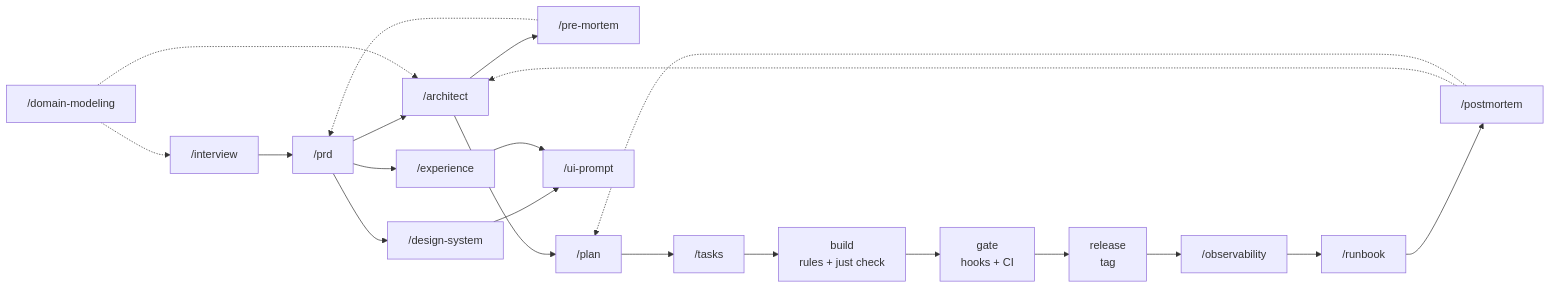
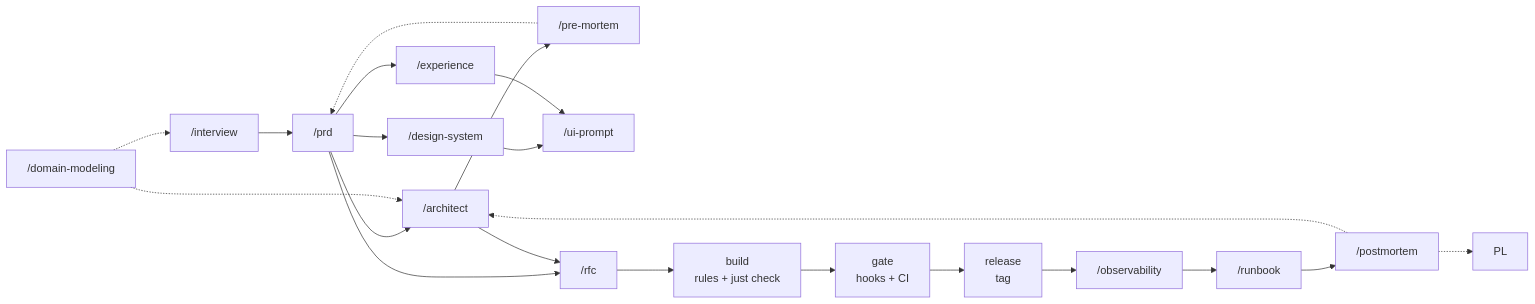
Before and after one commit to dohrm/claude-rules: the diagram in docs/reference.md, drawn with Mermaid. The commit also changed other lines of this file and 10 other files, not shown here.

````diff
--- a/docs/reference.md
+++ b/docs/reference.md
@@ -14,21 +14,21 @@
 ```mermaid
 flowchart LR
   I["/interview"] --> P["/prd"]
   P --> A["/architect"]
   DM["/domain-modeling"] -.-> I
   DM -.-> A
   A --> PM["/pre-mortem"]
   PM -.-> P
-  A --> PL["/plan"]
   P --> DS["/design-system"] & EX["/experience"]
   DS & EX --> UP["/ui-prompt"]
-  PL --> T["/tasks"]
-  T --> B["build<br/>rules + just check"]
+  P --> RFC["/rfc"]
+  A --> RFC
+  RFC --> B["build<br/>rules + just check"]
   B --> G["gate<br/>hooks + CI"]
   G --> R["release<br/>tag"]
   R --> O["/observability"]
   O --> RB["/runbook"]
   RB --> PMO["/postmortem"]
   PMO -.-> A
   PMO -.-> PL
 ```
````
